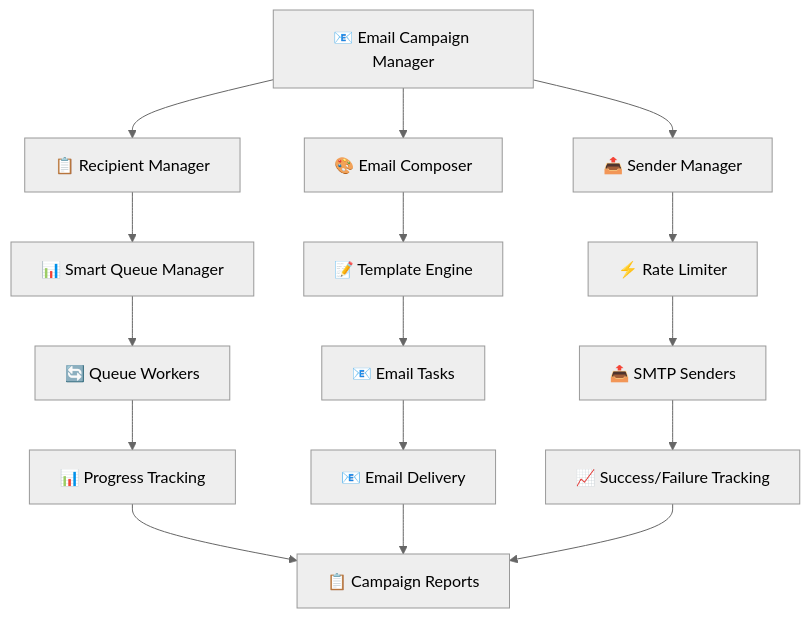
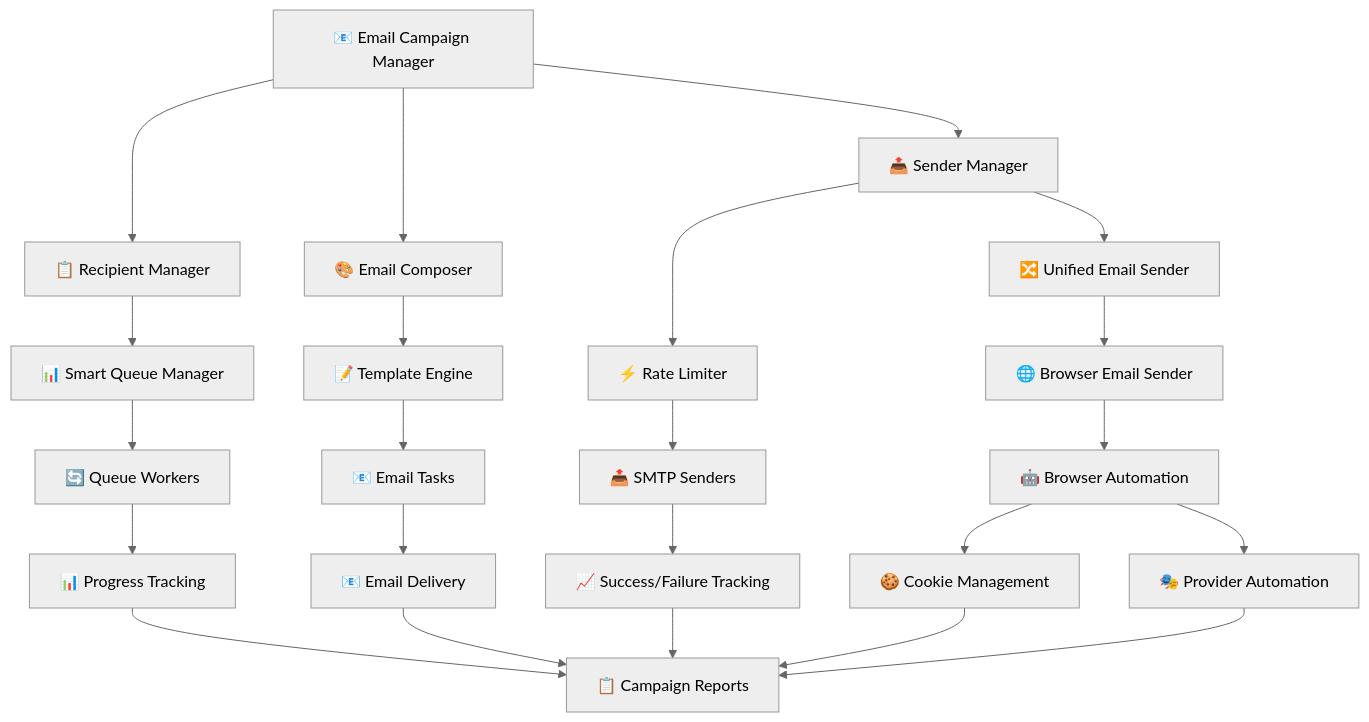
Before and after one commit to krishna-kush/Bulk-Mailer: the diagram in README.md, drawn with Mermaid (neutral theme). The commit also changed other lines of this file and 33 other files, not shown here.

Commit message:
ADDED: Browser Automation to send mails[non smtp], With ProtonMail Fully Implemented.

````diff
--- a/README.md
+++ b/README.md
@@ -84,22 +157,30 @@
 ```mermaid
 graph TB
     A[📧 Email Campaign Manager] --> B[📋 Recipient Manager]
     A --> C[🎨 Email Composer]
     A --> D[📤 Sender Manager]
-    
+
     B --> E[📊 Smart Queue Manager]
     C --> F[📝 Template Engine]
     D --> G[⚡ Rate Limiter]
-    
-    E --> H[🔄 Queue Workers]
-    F --> I[📧 Email Tasks]
-    G --> J[📤 SMTP Senders]
-    
-    H --> K[📊 Progress Tracking]
-    I --> L[📧 Email Delivery]
-    J --> M[📈 Success/Failure Tracking]
-    
-    K --> N[📋 Campaign Reports]
-    L --> N
-    M --> N
+    D --> H[🔀 Unified Email Sender]
+
+    E --> I[🔄 Queue Workers]
+    F --> J[📧 Email Tasks]
+    G --> K[📤 SMTP Senders]
+    H --> L[🌐 Browser Email Sender]
+
+    I --> M[📊 Progress Tracking]
+    J --> N[📧 Email Delivery]
+    K --> O[📈 Success/Failure Tracking]
+    L --> P[🤖 Browser Automation]
+
+    P --> Q[🍪 Cookie Management]
+    P --> R[🎭 Provider Automation]
+
+    M --> S[📋 Campaign Reports]
+    N --> S
+    O --> S
+    Q --> S
+    R --> S
 ```
````
